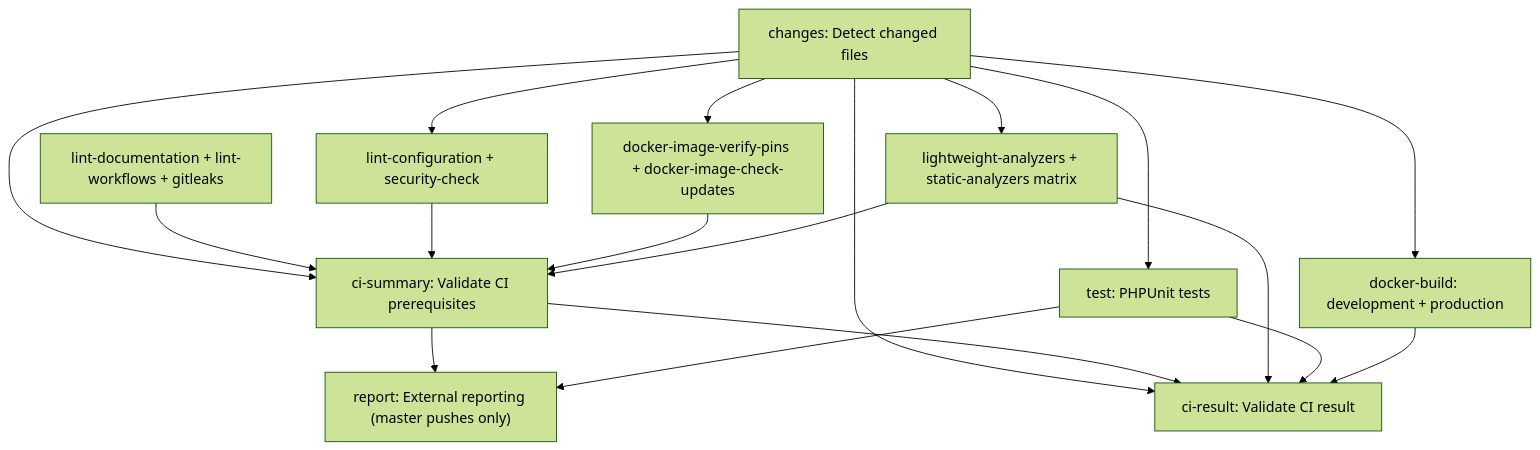
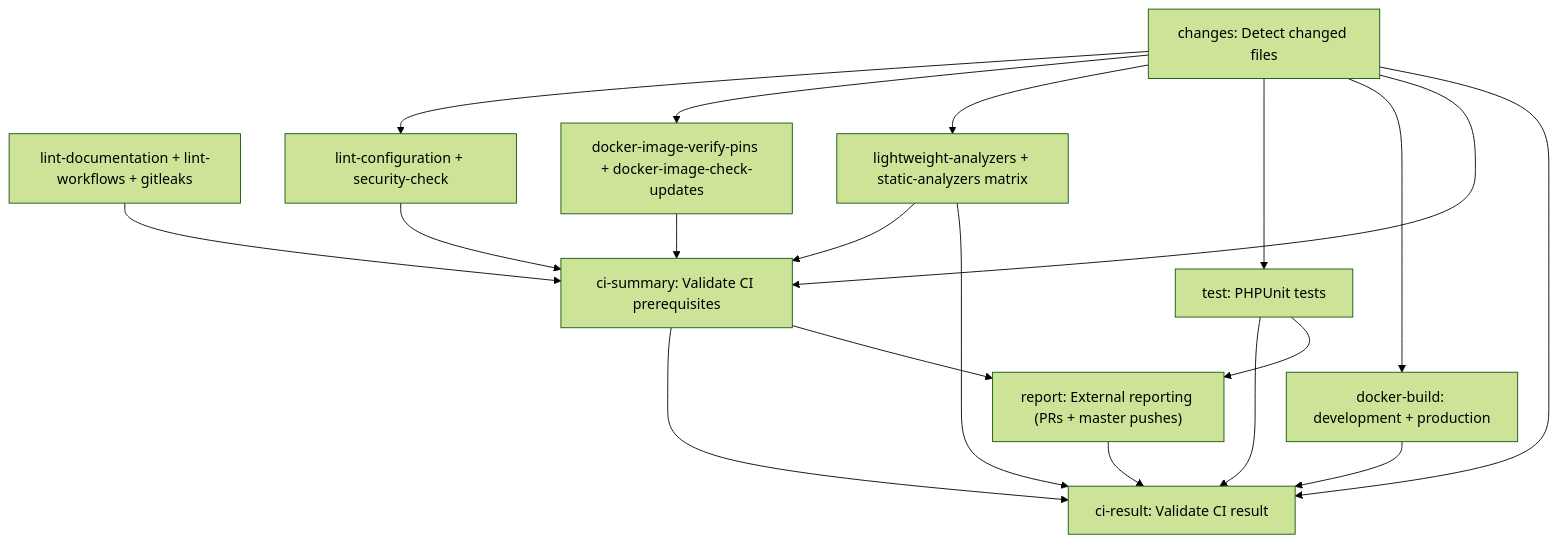
Before and after one commit to tarlepp/symfony-flex-backend: the second of 3 diagrams in doc/GITHUB_WORKFLOWS.md, drawn with Mermaid (forest theme). The commit also changed other lines of this file and 3 other files, not shown here.

````diff
--- a/doc/GITHUB_WORKFLOWS.md
+++ b/doc/GITHUB_WORKFLOWS.md
@@ -150,30 +151,31 @@
 ```mermaid
 flowchart TD
     Changes["changes: Detect changed files"]
     Independent["lint-documentation + lint-workflows + gitleaks"]
     Checks["lint-configuration + security-check"]
     Images["docker-image-verify-pins + docker-image-check-updates"]
     Analyzers["lightweight-analyzers + static-analyzers matrix"]
     Tests["test: PHPUnit tests"]
     Builds["docker-build: development + production"]
     Prereq["ci-summary: Validate CI prerequisites"]
     Final["ci-result: Validate CI result"]
-    Report["report: External reporting (master pushes only)"]
+    Report["report: External reporting (PRs + master pushes)"]
     Changes --> Checks
     Changes --> Images
     Changes --> Analyzers
     Changes --> Tests
     Changes --> Builds
     Changes --> Prereq
     Independent --> Prereq
     Checks --> Prereq
     Images --> Prereq
     Analyzers --> Prereq
     Changes --> Final
     Prereq --> Final
     Analyzers --> Final
     Tests --> Final
     Builds --> Final
     Prereq --> Report
     Tests --> Report
+    Report --> Final
 ```
````
